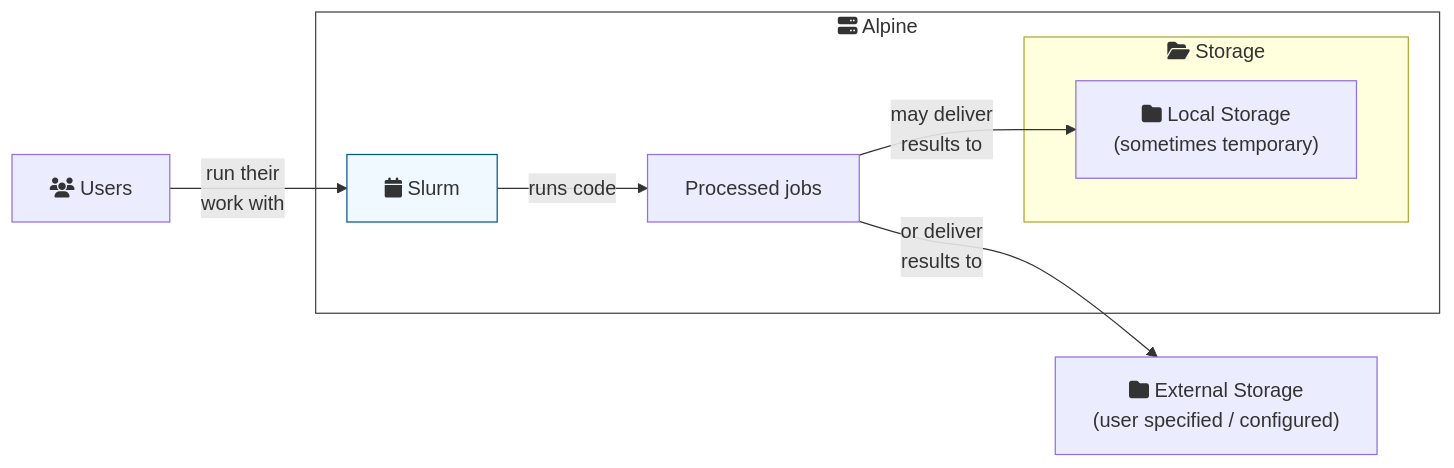
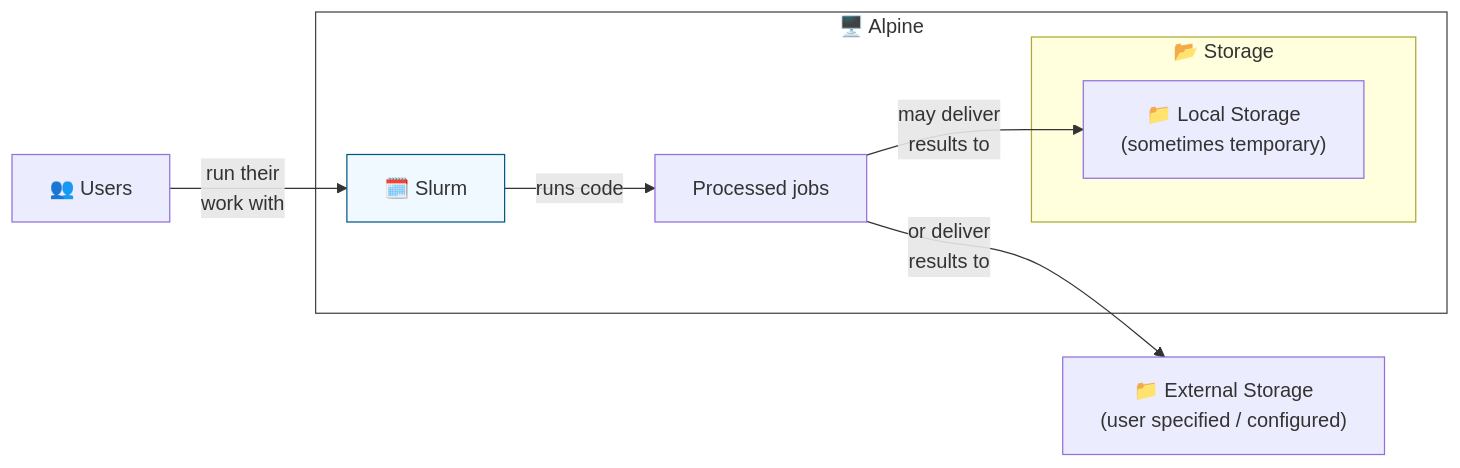
The fifth of 7 diagrams in README.md (CU-DBMI/example-hpc-alpine-python), drawn with Mermaid before and after one commit. The commit also changed other lines of this file, not shown here.

````diff
--- a/README.md
+++ b/README.md
@@ -167,20 +165,20 @@
 ```mermaid
 flowchart LR
-    users["fa:fa-users Users"]
-    subgraph alpine["fa:fa-server Alpine"]
-        slurm["fa:fa-calendar Slurm"]
+    users["👥 Users"]
+    subgraph alpine["🖥️ Alpine"]
+        slurm["🗓️ Slurm"]
         process_jobs["Processed jobs"]
-        subgraph storage["fa:fa-folder-open Storage"]
-            local_storage["fa:fa-folder Local Storage\n(sometimes temporary)"]
+        subgraph storage["📂 Storage"]
+            local_storage["📁 Local Storage\n(sometimes temporary)"]
         end
     end
-    remote_storage["fa:fa-folder External Storage\n(user specified / configured)"]
+    remote_storage["📁 External Storage\n(user specified / configured)"]
 
     users --> | run their\nwork with | slurm
     slurm --> | runs code| process_jobs
     process_jobs --> | may deliver\nresults to| local_storage
     process_jobs --> | or deliver\nresults to| remote_storage
 
 style alpine fill:#ffffff,stroke:#444444;
 style slurm fill:#F0F9FF,stroke:#075985;
 ```
````
